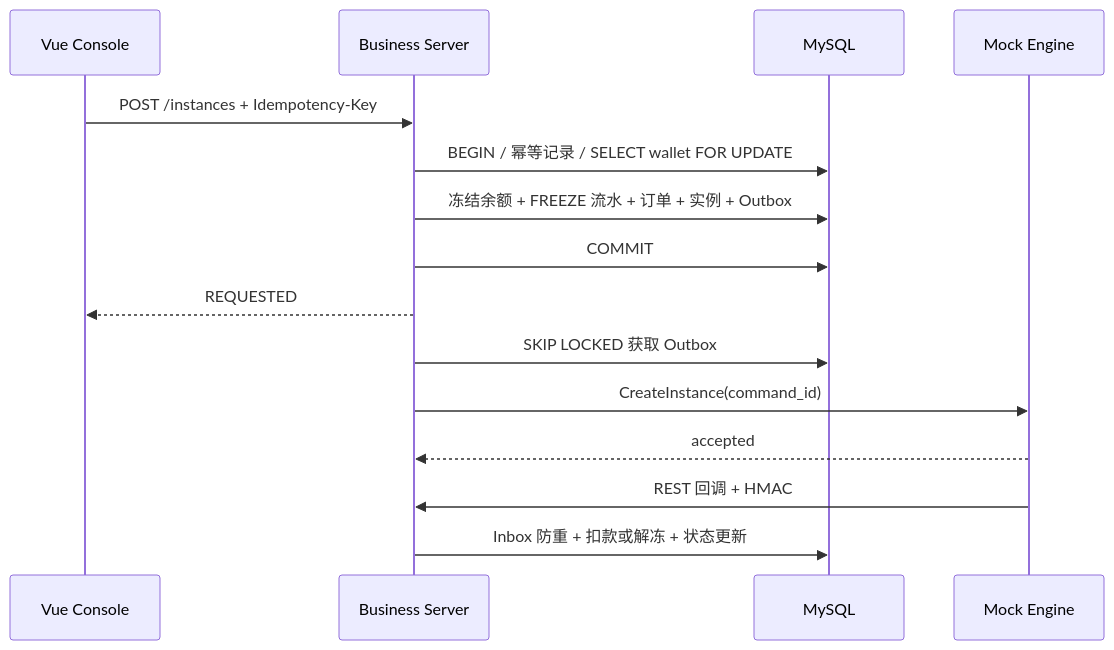
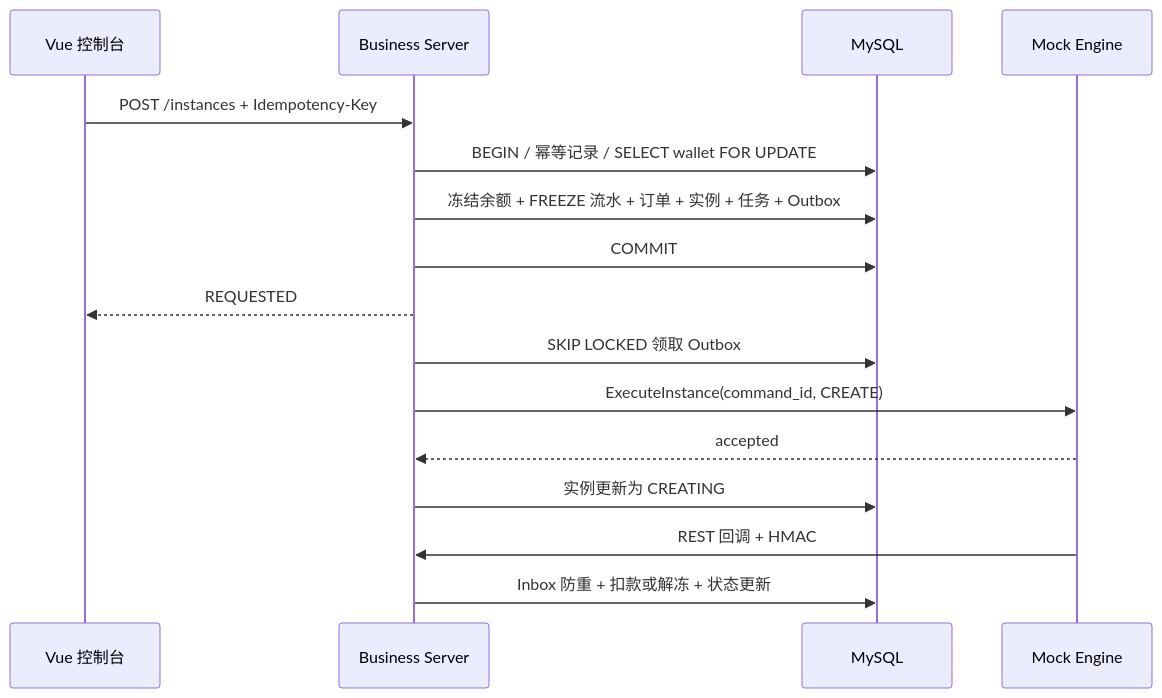
Before and after one commit to yeqimin/compute-hub-demo: the first of 2 diagrams in docs/architecture.md, drawn with Mermaid. The commit also changed other lines of this file and 16 other files, not shown here.

````diff
--- a/docs/architecture.md
+++ b/docs/architecture.md
@@ -17,17 +20,18 @@
 ```mermaid
 sequenceDiagram
-  participant U as Vue Console
+  participant U as Vue 控制台
   participant B as Business Server
   participant D as MySQL
   participant E as Mock Engine
   U->>B: POST /instances + Idempotency-Key
   B->>D: BEGIN / 幂等记录 / SELECT wallet FOR UPDATE
-  B->>D: 冻结余额 + FREEZE 流水 + 订单 + 实例 + Outbox
+  B->>D: 冻结余额 + FREEZE 流水 + 订单 + 实例 + 任务 + Outbox
   B->>D: COMMIT
   B-->>U: REQUESTED
-  B->>D: SKIP LOCKED 获取 Outbox
-  B->>E: CreateInstance(command_id)
+  B->>D: SKIP LOCKED 领取 Outbox
+  B->>E: ExecuteInstance(command_id, CREATE)
   E-->>B: accepted
+  B->>D: 实例更新为 CREATING
   E->>B: REST 回调 + HMAC
   B->>D: Inbox 防重 + 扣款或解冻 + 状态更新
 ```
````
